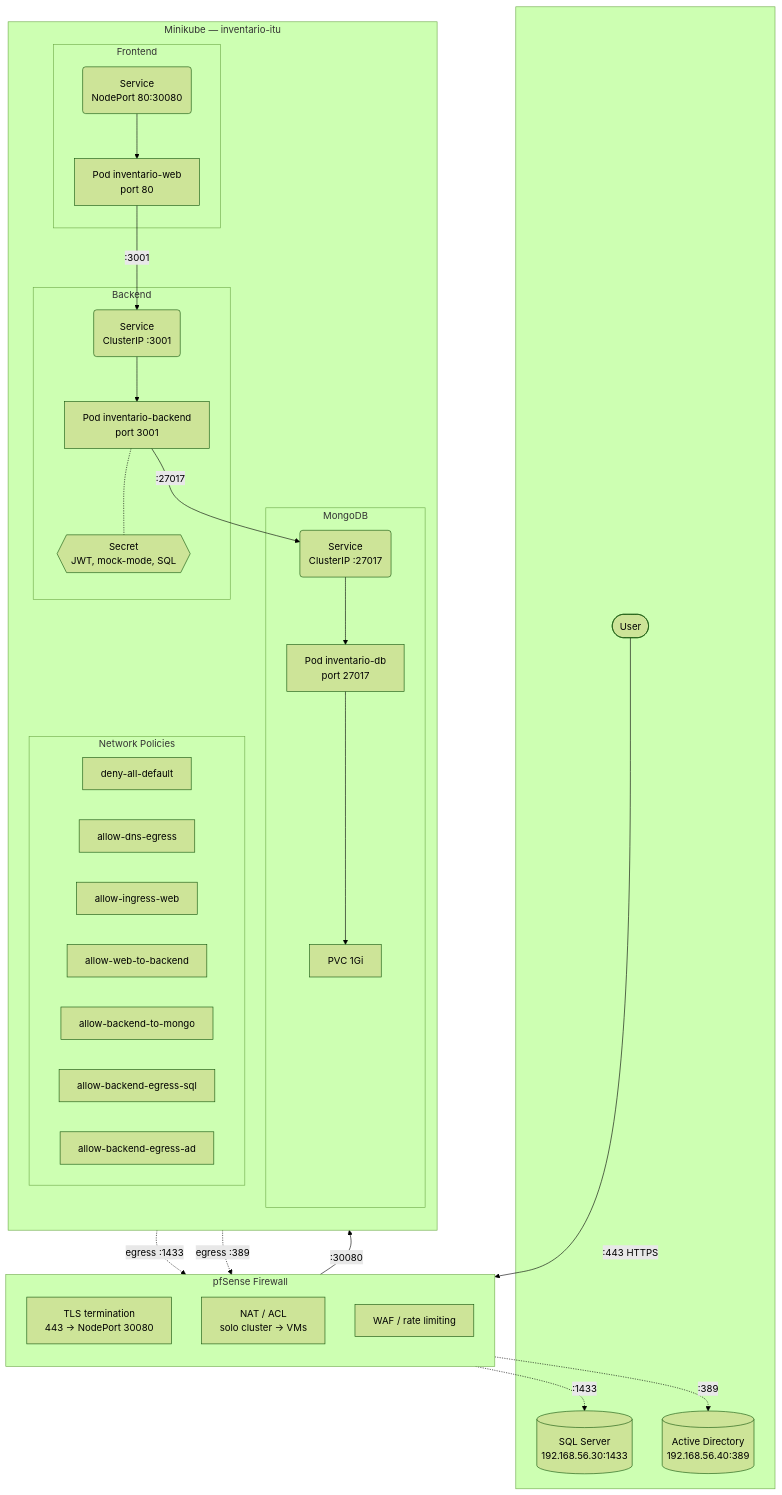
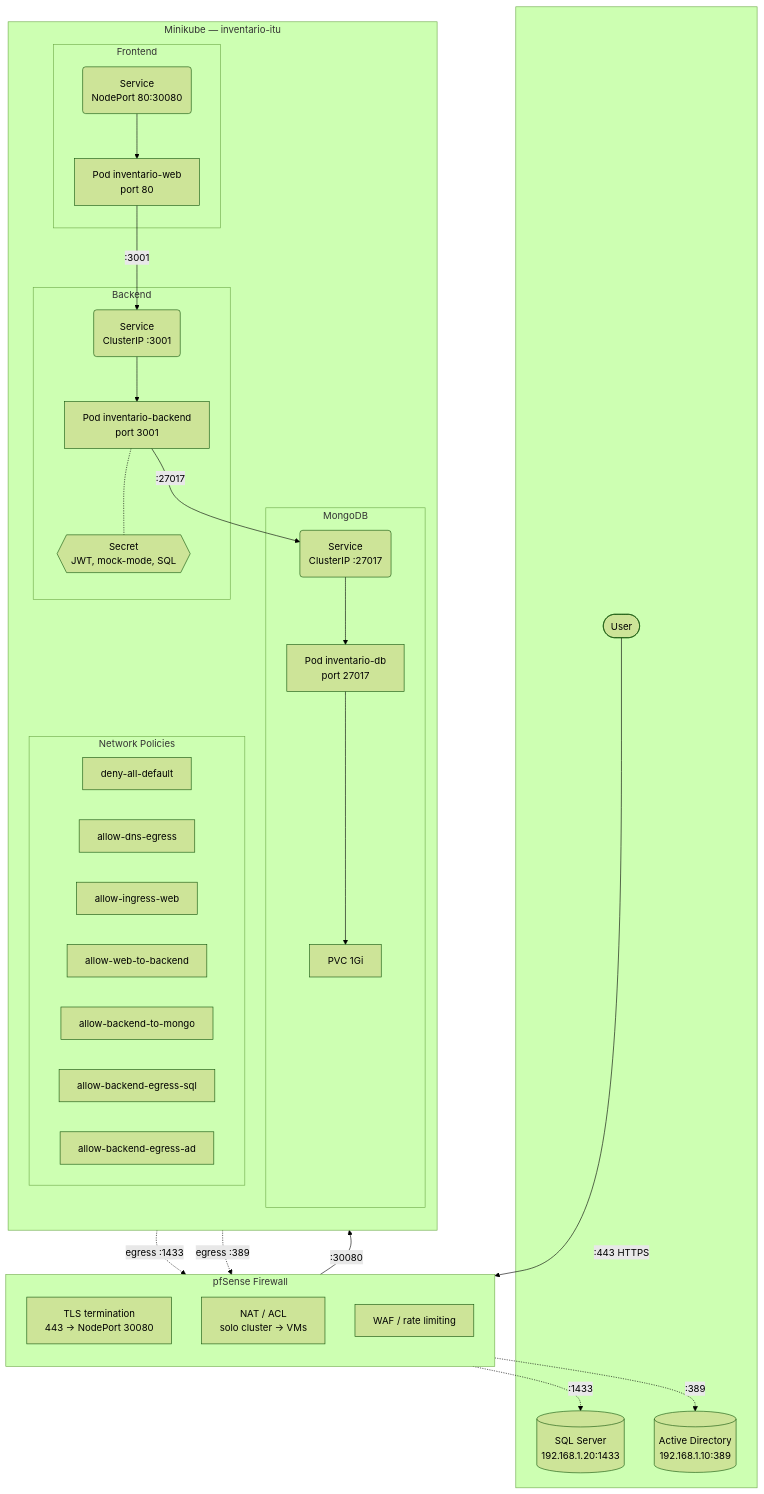
One commit to CesarMarinMorla/egi changed the diagram in docs/testing/minikube-local.md. Above: the diagram before and after it, drawn with Mermaid (forest theme). The commit also changed other lines of this file and 7 other files, not shown here.

````diff
--- a/docs/testing/minikube-local.md
+++ b/docs/testing/minikube-local.md
@@ -100,60 +100,60 @@
 ```mermaid
 flowchart TB
     subgraph External[" "]
         User(["User"])
-        SQL[("SQL Server<br/>192.168.56.30:1433")]
-        AD[("Active Directory<br/>192.168.56.40:389")]
+        SQL[("SQL Server<br/>192.168.1.20:1433")]
+        AD[("Active Directory<br/>192.168.1.10:389")]
     end
 
     subgraph FW["pfSense Firewall"]
         direction TB
         TLS["TLS termination<br/>443 → NodePort 30080"]
         NAT["NAT / ACL<br/>solo cluster → VMs"]
         WAF["WAF / rate limiting"]
     end
 
     subgraph Cluster["Minikube — inventario-itu"]
         direction TB
 
         subgraph Web["Frontend"]
             WebSvc("Service<br/>NodePort 80:30080")
             WebPod["Pod inventario-web<br/>port 80"]
         end
 
         subgraph Be["Backend"]
             BeSvc("Service<br/>ClusterIP :3001")
             BePod["Pod inventario-backend<br/>port 3001"]
             BeSec{{"Secret<br/>JWT, mock-mode, SQL"}}
         end
 
         subgraph Mongo["MongoDB"]
             MongoSvc("Service<br/>ClusterIP :27017")
             MongoPod["Pod inventario-db<br/>port 27017"]
             MongoPvc["PVC 1Gi"]
         end
 
         subgraph NP["Network Policies"]
             NP01["deny-all-default"]
             NP02["allow-dns-egress"]
             NP03["allow-ingress-web"]
             NP04["allow-web-to-backend"]
             NP05["allow-backend-to-mongo"]
             NP06["allow-backend-egress-sql"]
             NP07["allow-backend-egress-ad"]
         end
     end
 
     User -->|":443 HTTPS"| TLS
     TLS -->|":30080"| WebSvc
     WebSvc --> WebPod
     WebPod -->|":3001"| BeSvc
     BeSvc --> BePod
     BePod -->|":27017"| MongoSvc
     MongoSvc --> MongoPod
     MongoPod --> MongoPvc
     BePod -.->|"egress :1433"| NAT
     BePod -.->|"egress :389"| NAT
     NAT -.->|":1433"| SQL
     NAT -.->|":389"| AD
     BePod -.- BeSec
 ```
````
